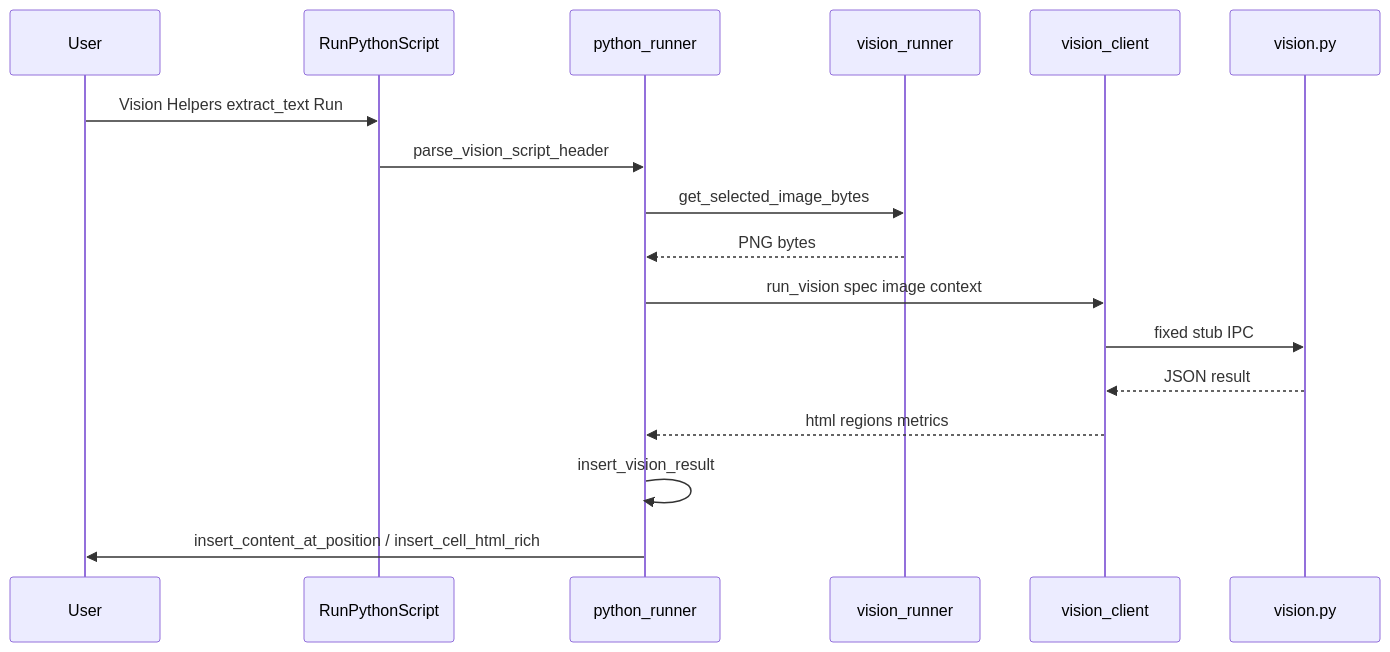
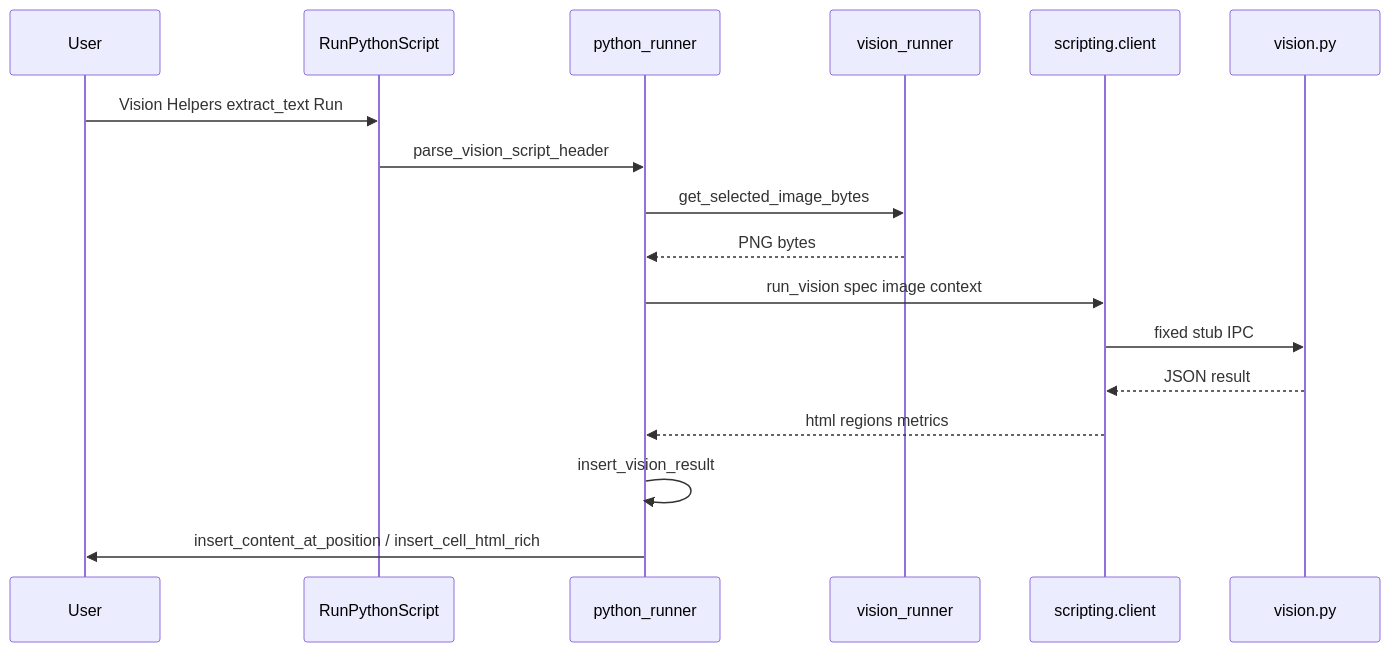
The first of 3 diagrams in docs/images/recognition.md (KeithCu/writeragent), drawn with Mermaid before and after one commit. The commit also changed other lines of this file and 15 other files, not shown here.

````diff
--- a/docs/images/recognition.md
+++ b/docs/images/recognition.md
@@ -217,20 +217,20 @@
 ```mermaid
 sequenceDiagram
   participant User
   participant RPS as RunPythonScript
   participant Host as python_runner
   participant Export as vision_runner
-  participant VC as vision_client
+  participant VC as scripting.client
   participant Venv as vision.py
 
   User->>RPS: Vision Helpers extract_text Run
   RPS->>Host: parse_vision_script_header
   Host->>Export: get_selected_image_bytes
   Export-->>Host: PNG bytes
   Host->>VC: run_vision spec image context
   VC->>Venv: fixed stub IPC
   Venv-->>VC: JSON result
   VC-->>Host: html regions metrics
   Host->>Host: insert_vision_result
   Host->>User: insert_content_at_position / insert_cell_html_rich
 ```
````
